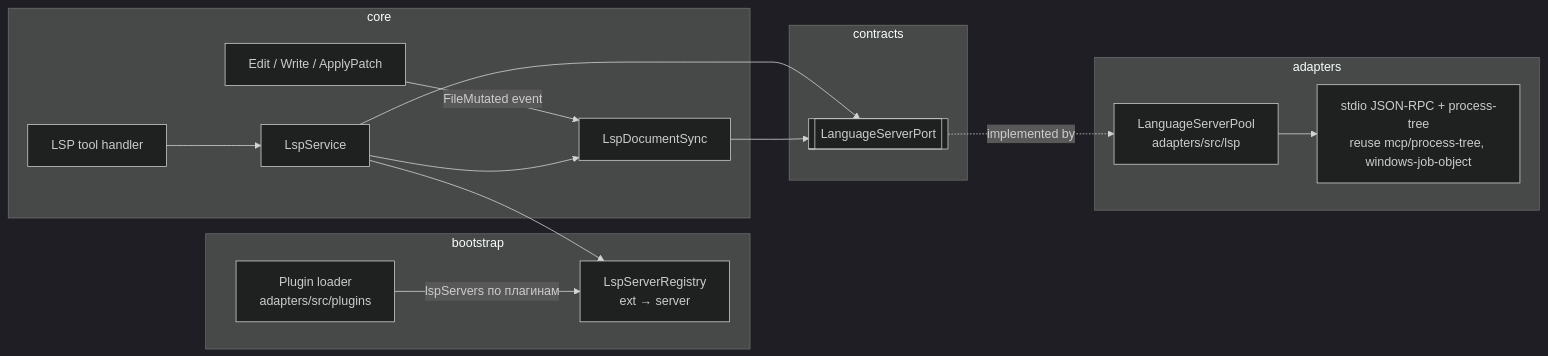
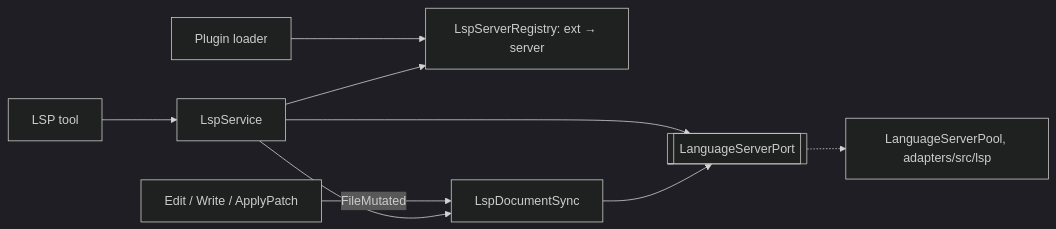
One commit to osben/ZCode changed the first of 2 diagrams in apps/zcode-cli/docs/design/v2/tool/19-lsp.md. Above: the diagram before and after it, drawn with Mermaid (dark theme). The commit also changed other lines of this file, not shown here.

First line of the commit message:
docs(cli): condense LSP spec

````diff
--- a/apps/zcode-cli/docs/design/v2/tool/19-lsp.md
+++ b/apps/zcode-cli/docs/design/v2/tool/19-lsp.md
@@ -127,21 +66,11 @@
 ```mermaid
 flowchart LR
-  subgraph bootstrap
-    PL[Plugin loader<br/>adapters/src/plugins] -->|lspServers по плагинам| REG[LspServerRegistry<br/>ext → server]
-  end
-  subgraph core
-    TOOL[LSP tool handler] --> SVC[LspService]
-    EDIT[Edit / Write / ApplyPatch] -->|FileMutated event| SYNC[LspDocumentSync]
-    SVC --> SYNC
-    SVC --> REG
-  end
-  subgraph contracts
-    PORT[[LanguageServerPort]]
-  end
-  subgraph adapters
-    POOL[LanguageServerPool<br/>adapters/src/lsp] --> PROC[stdio JSON-RPC + process-tree<br/>reuse mcp/process-tree, windows-job-object]
-  end
-  SVC --> PORT
+  PL[Plugin loader] --> REG[LspServerRegistry: ext → server]
+  EDIT[Edit / Write / ApplyPatch] -->|FileMutated| SYNC[LspDocumentSync]
+  TOOL[LSP tool] --> SVC[LspService]
+  SVC --> REG
+  SVC --> SYNC
+  SVC --> PORT[[LanguageServerPort]]
   SYNC --> PORT
-  PORT -.implemented by.-> POOL
+  PORT -.-> POOL[LanguageServerPool, adapters/src/lsp]
 ```
````
